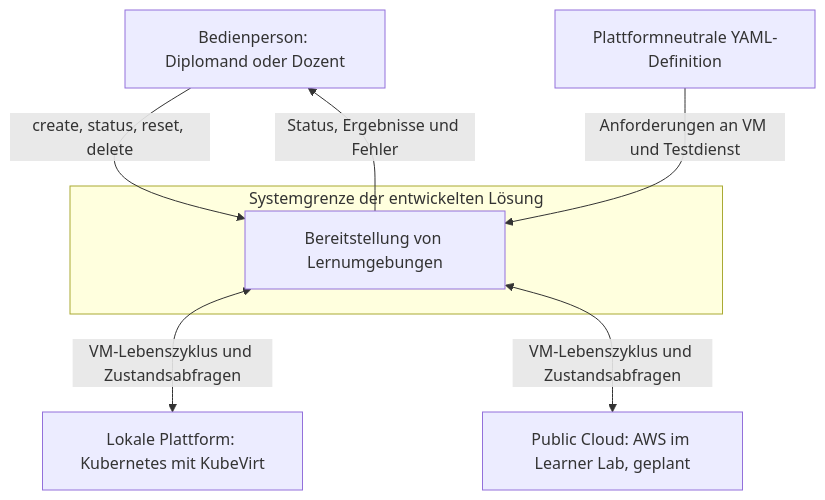
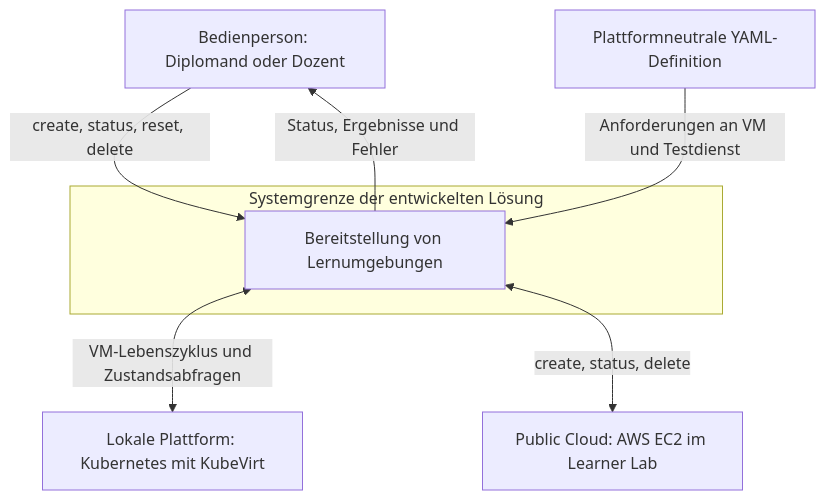
The fourth of 7 diagrams in docs/dokumentation.md (Cancani/diplomarbeit), drawn with Mermaid before and after one commit. The commit also changed other lines of this file and 1 other file, not shown here.

Commit message:
docs(update): AWS-Agentenbetrieb und Abbaukontrolle dokumentieren

````diff
--- a/docs/dokumentation.md
+++ b/docs/dokumentation.md
@@ -1122,18 +1124,18 @@
 ```mermaid
 flowchart TD
     Person["Bedienperson: Diplomand oder Dozent"]
     Definition["Plattformneutrale YAML-Definition"]
 
     subgraph Grenze["Systemgrenze der entwickelten Lösung"]
         System["Bereitstellung von Lernumgebungen"]
     end
 
     Lokal["Lokale Plattform: Kubernetes mit KubeVirt"]
-    Cloud["Public Cloud: AWS im Learner Lab, geplant"]
+    Cloud["Public Cloud: AWS EC2 im Learner Lab"]
 
     Person -->|"create, status, reset, delete"| System
     Definition -->|"Anforderungen an VM und Testdienst"| System
     System -->|"Status, Ergebnisse und Fehler"| Person
     System <-->|"VM-Lebenszyklus und Zustandsabfragen"| Lokal
-    System <-->|"VM-Lebenszyklus und Zustandsabfragen"| Cloud
+    System <-->|"create, status, delete"| Cloud
 ```
````
